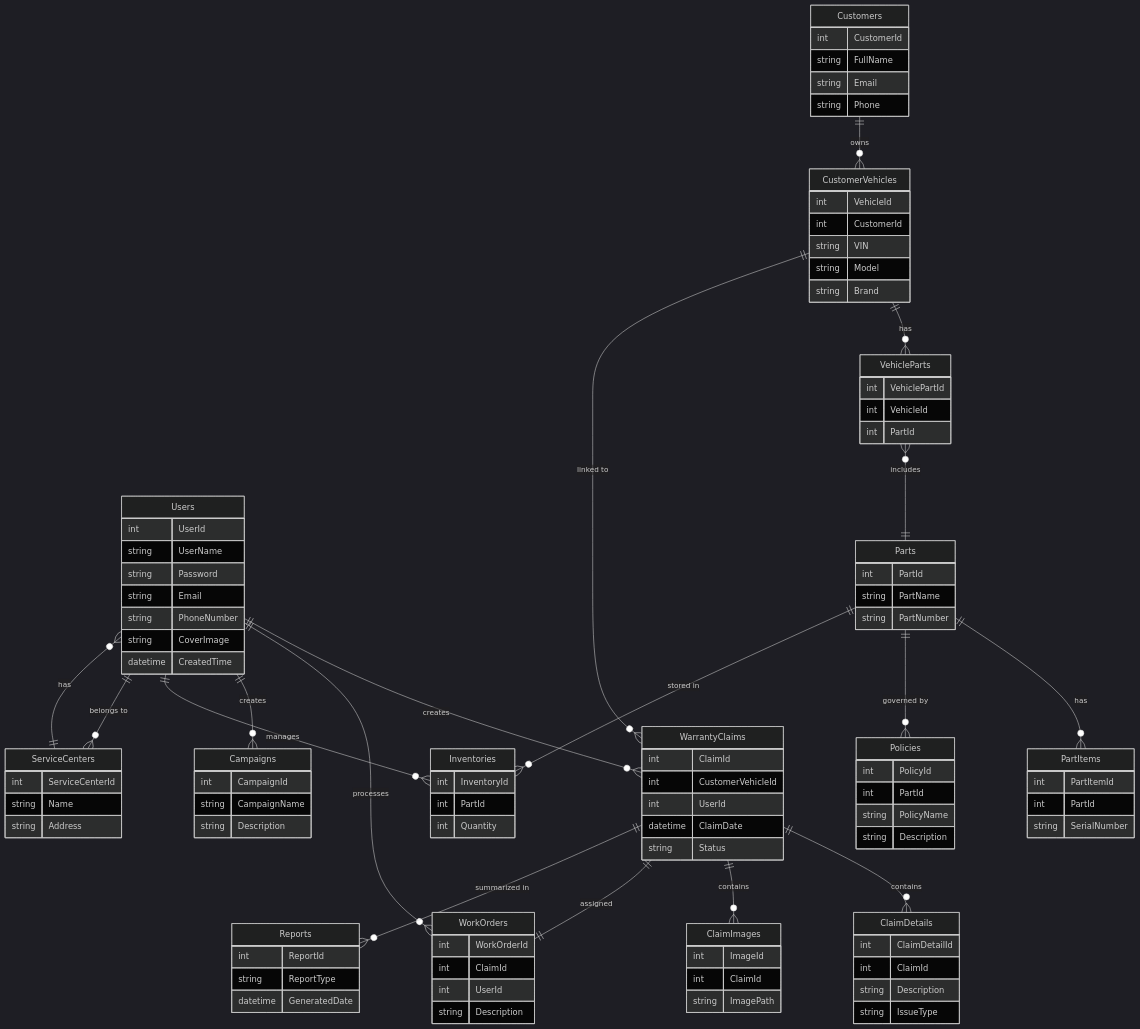
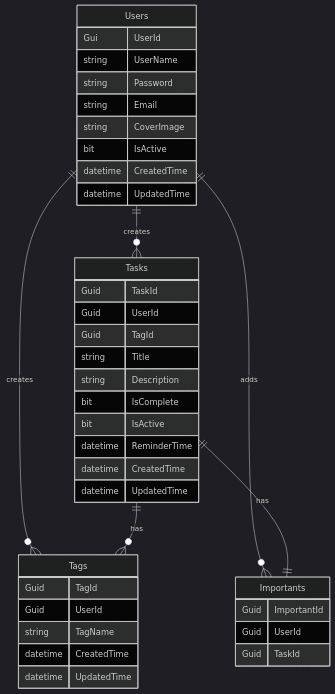
The diagram in Jso_document/06 - Projects/Todo App/📑 Todo's App Design.md (fleeforezz/Obsidian), drawn with Mermaid (dark theme) before and after one commit. The commit also changed other lines of this file and 1 other file, not shown here.

````diff
--- a/Jso_document/06 - Projects/Todo App/📑 Todo's App Design.md
+++ b/Jso_document/06 - Projects/Todo App/📑 Todo's App Design.md
@@ -48,127 +42,50 @@
 ```mermaid
 erDiagram
-    %% === Core Entities ===
-    Users {
-        int UserId
-        string UserName
-        string Password
-        string Email
-        string PhoneNumber
-        string CoverImage
-        datetime CreatedTime
-    }
+    %% === Core Entities ===
+    Users {
+        Gui UserId
+        string UserName
+        string Password
+        string Email
+        string CoverImage
+        bit IsActive
+        datetime CreatedTime
+        datetime UpdatedTime
+    }
 
-    ServiceCenters {
-        int ServiceCenterId
-        string Name
-        string Address
-    }
+    Tasks {
+        Guid TaskId
+        Guid UserId
+        Guid TagId
+        string Title
+        string Description
+        bit IsComplete
+        bit IsActive
+        datetime ReminderTime
+        datetime CreatedTime
+        datetime UpdatedTime
+    }
 
-    WarrantyClaims {
-        int ClaimId
-        int CustomerVehicleId
-        int UserId
-        datetime ClaimDate
-        string Status
-    }
+    Importants {
+        Guid ImportantId
+        Guid UserId
+        Guid TaskId
+    }
 
-    ClaimDetails {
-        int ClaimDetailId
-        int ClaimId
-        string Description
-        string IssueType
-    }
+    Tags {
+        Guid TagId
+        Guid UserId
+        string TagName
+        datetime CreatedTime
+        datetime UpdatedTime
+    }
 
-    ClaimImages {
-        int ImageId
-        int ClaimId
-        string ImagePath
-    }
+    %% === Relationships ===
+    Users ||--o{ Tasks : "creates"
+    Users ||--o{ Tags : "creates"
+    Users ||--o{ Importants : "adds"
 
-    Customers {
-        int CustomerId
-        string FullName
-        string Email
-        string Phone
-    }
+    Tasks ||--o{ Tags : "has"
+    Tasks ||--|| Importants : "has"
 
-    CustomerVehicles {
-        int VehicleId
-        int CustomerId
-        string VIN
-        string Model
-        string Brand
-    }
-
-    VehicleParts {
-        int VehiclePartId
-        int VehicleId
-        int PartId
-    }
-
-    Parts {
-        int PartId
-        string PartName
-        string PartNumber
-    }
-
-    PartItems {
-        int PartItemId
-        int PartId
-        string SerialNumber
-    }
-
-    WorkOrders {
-        int WorkOrderId
-        int ClaimId
-        int UserId
-        string Description
-    }
-
-    Inventories {
-        int InventoryId
-        int PartId
-        int Quantity
-    }
-
-    Policies {
-        int PolicyId
-        int PartId
-        string PolicyName
-        string Description
-    }
-
-    Campaigns {
-        int CampaignId
-        string CampaignName
-        string Description
-    }
-
-    Reports {
-        int ReportId
-        string ReportType
-        datetime GeneratedDate
-    }
-
-    %% === Relationships ===
-    Users ||--o{ WarrantyClaims : "creates"
-    Users ||--o{ WorkOrders : "processes"
-    Users ||--o{ Campaigns : "creates"
-    Users ||--o{ Inventories : "manages"
-    Users ||--o{ ServiceCenters : "belongs to"
-
-    ServiceCenters ||--o{ Users : "has"
-    Customers ||--o{ CustomerVehicles : "owns"
-    CustomerVehicles ||--o{ VehicleParts : "has"
-    CustomerVehicles ||--o{ WarrantyClaims : "linked to"
-
-    WarrantyClaims ||--o{ ClaimDetails : "contains"
-    WarrantyClaims ||--o{ ClaimImages : "contains"
-    WarrantyClaims ||--|| WorkOrders : "assigned"
-    WarrantyClaims ||--o{ Reports : "summarized in"
-
-    Parts ||--o{ PartItems : "has"
-    Parts ||--o{ Policies : "governed by"
-    Parts ||--o{ Inventories : "stored in"
-    VehicleParts }o--|| Parts : "includes"
 ```
````
